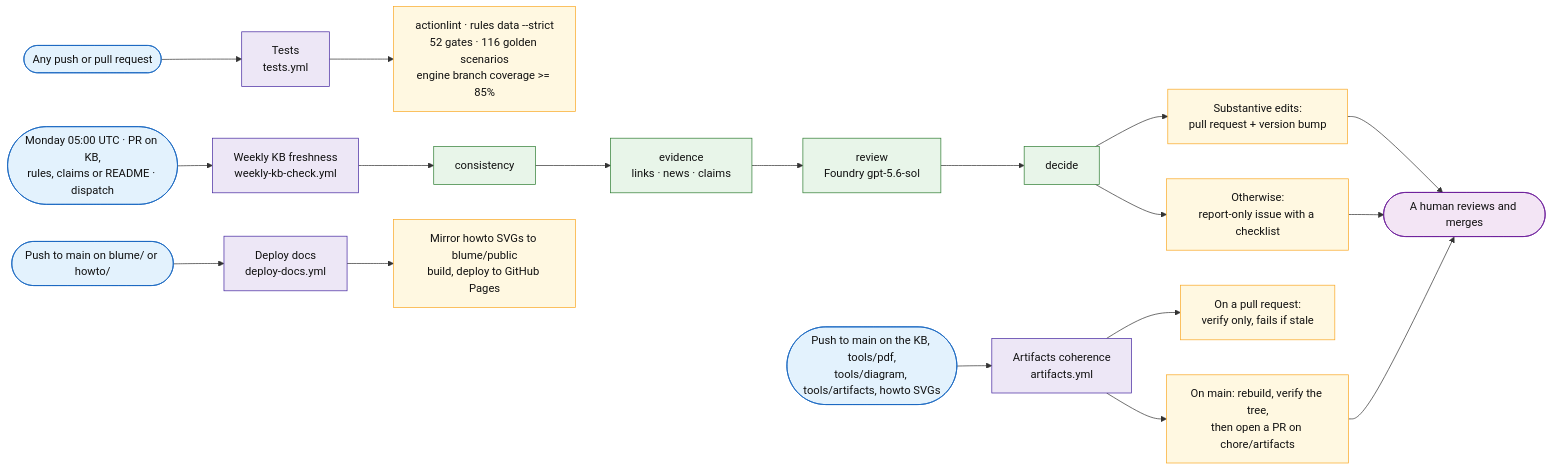
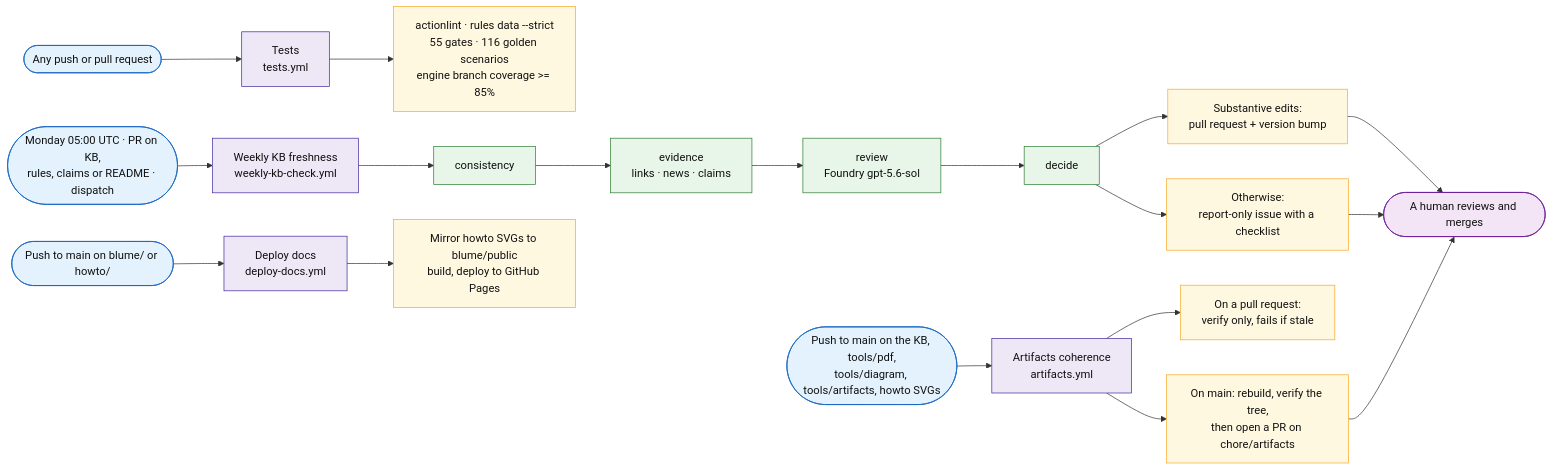
The sixth of 6 diagrams in docs/sql-migration-advisor-developer-pitch.md (fredgis/sql-migration-advisor), drawn with Mermaid before and after one commit. The commit also changed 21 other files, not shown here.

````diff
--- a/docs/sql-migration-advisor-developer-pitch.md
+++ b/docs/sql-migration-advisor-developer-pitch.md
@@ -991,33 +991,33 @@
 ```mermaid
 flowchart LR
     G1([Any push or pull request]) --> W1[Tests<br/>tests.yml]
     G2([Monday 05:00 UTC · PR on KB,<br/>rules, claims or README · dispatch]) --> W2[Weekly KB freshness<br/>weekly-kb-check.yml]
     G3([Push to main on the KB, tools/pdf,<br/>tools/diagram, tools/artifacts, howto SVGs]) --> W3[Artifacts coherence<br/>artifacts.yml]
     G4([Push to main on blume/ or howto/]) --> W4[Deploy docs<br/>deploy-docs.yml]
 
-    W1 --> O1[actionlint · rules data --strict<br/>52 gates · 116 golden scenarios<br/>engine branch coverage >= 85%]
+    W1 --> O1[actionlint · rules data --strict<br/>55 gates · 116 golden scenarios<br/>engine branch coverage >= 85%]
 
     W2 --> C1[consistency] --> C2[evidence<br/>links · news · claims] --> C3[review<br/>Foundry gpt-5.6-sol] --> C4[decide]
     C4 --> O2a[Substantive edits:<br/>pull request + version bump]
     C4 --> O2b[Otherwise:<br/>report-only issue with a checklist]
 
     W3 --> O3a[On a pull request:<br/>verify only, fails if stale]
     W3 --> O3b[On main: rebuild, verify the tree,<br/>then open a PR on chore/artifacts]
 
     W4 --> O4[Mirror howto SVGs to blume/public<br/>build, deploy to GitHub Pages]
 
     O2a --> H([A human reviews and merges])
     O2b --> H
     O3b --> H
 
     classDef trig fill:#e3f2fd,stroke:#1565c0,color:#111
     classDef flow fill:#ede7f6,stroke:#4527a0,color:#111
     classDef step fill:#e8f5e9,stroke:#2e7d32,color:#111
     classDef out fill:#fff8e1,stroke:#f9a825,color:#111
     classDef human fill:#f3e5f5,stroke:#6a1b9a,color:#111
     class G1,G2,G3,G4 trig
     class W1,W2,W3,W4 flow
     class C1,C2,C3,C4 step
     class O1,O2a,O2b,O3a,O3b,O4 out
     class H human
 ```
````
